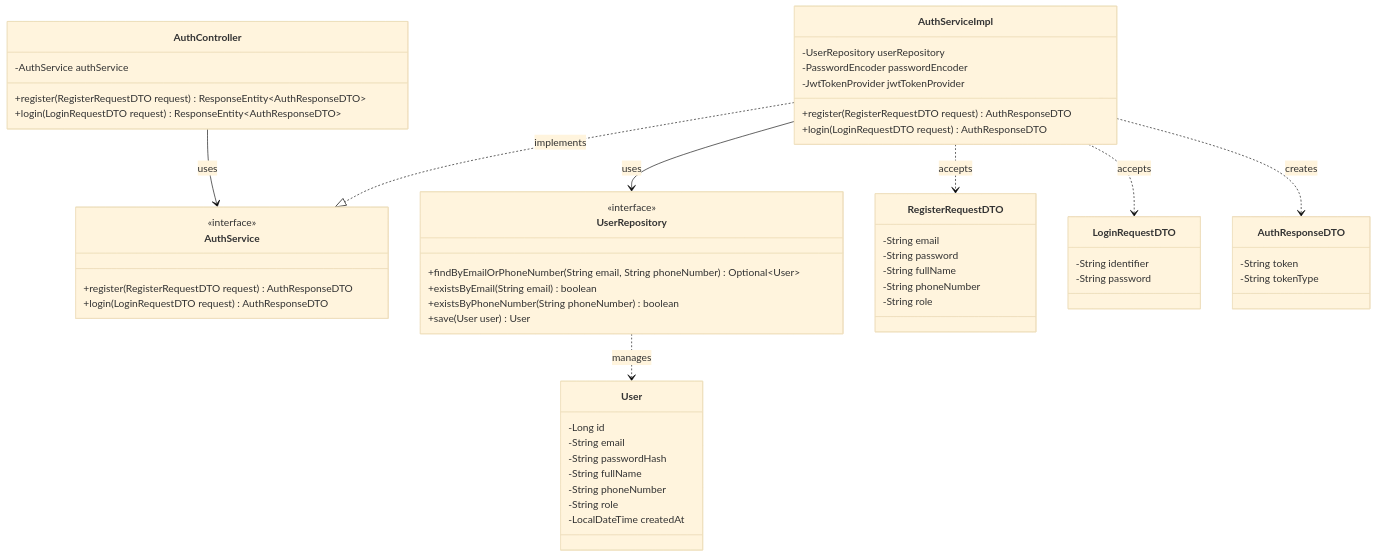
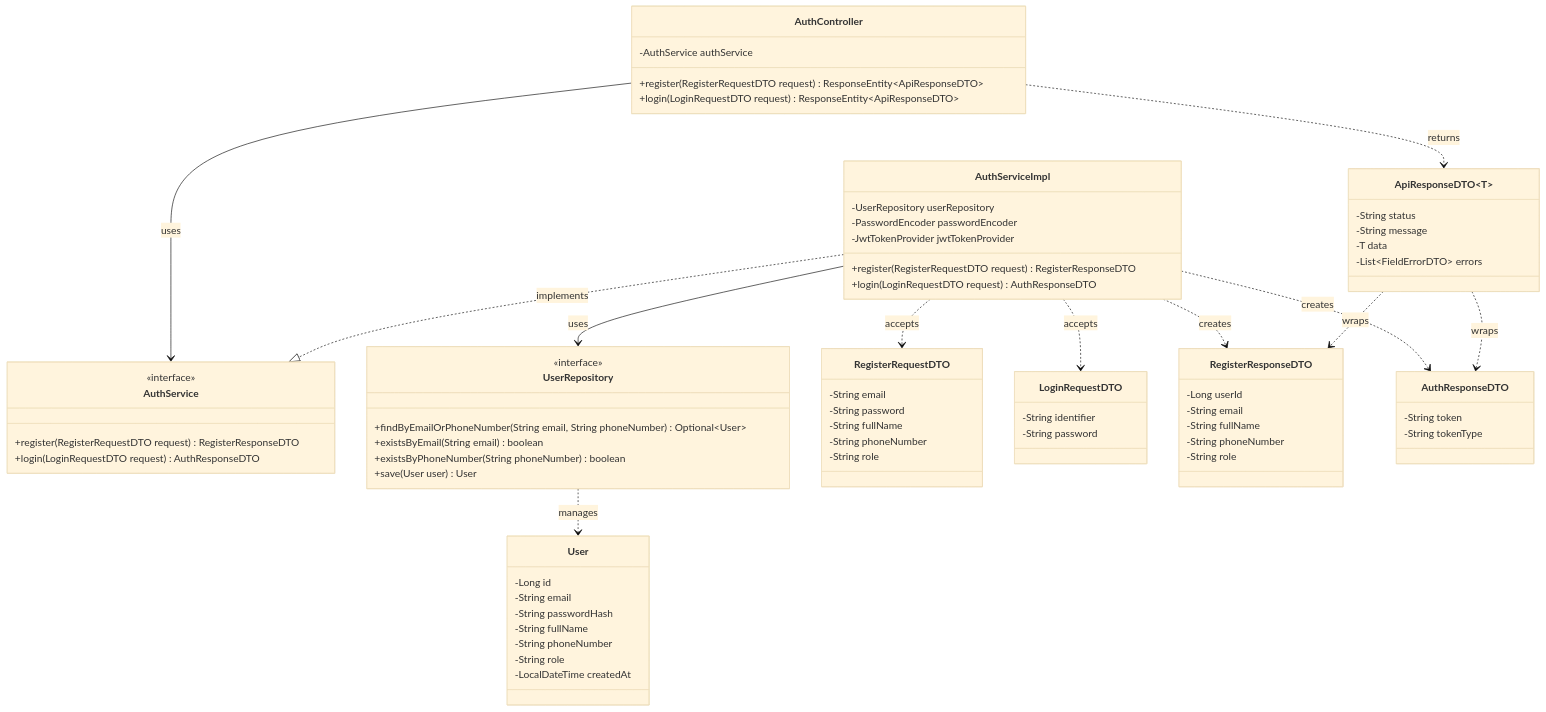
The fifth of 7 diagrams in docs/task-04/README.md (BlackyB0o/CS261_650001_group5), drawn with Mermaid (base theme) before and after one commit. The commit also changed other lines of this file, not shown here.

````diff
--- a/docs/task-04/README.md
+++ b/docs/task-04/README.md
@@ -197,13 +317,13 @@
 classDiagram
     class AuthController {
         -AuthService authService
-        +register(RegisterRequestDTO request) ResponseEntity~AuthResponseDTO~
-        +login(LoginRequestDTO request) ResponseEntity~AuthResponseDTO~
+        +register(RegisterRequestDTO request) ResponseEntity~ApiResponseDTO~
+        +login(LoginRequestDTO request) ResponseEntity~ApiResponseDTO~
     }
 
     class AuthService {
         <<interface>>
-        +register(RegisterRequestDTO request) AuthResponseDTO
+        +register(RegisterRequestDTO request) RegisterResponseDTO
         +login(LoginRequestDTO request) AuthResponseDTO
     }
 
@@ -211,7 +331,7 @@
         -UserRepository userRepository
         -PasswordEncoder passwordEncoder
         -JwtTokenProvider jwtTokenProvider
-        +register(RegisterRequestDTO request) AuthResponseDTO
+        +register(RegisterRequestDTO request) RegisterResponseDTO
         +login(LoginRequestDTO request) AuthResponseDTO
     }
 
@@ -246,16 +366,35 @@
         -String password
     }
 
+    class RegisterResponseDTO {
+        -Long userId
+        -String email
+        -String fullName
+        -String phoneNumber
+        -String role
+    }
+
     class AuthResponseDTO {
         -String token
         -String tokenType
     }
 
+    class ApiResponseDTO~T~ {
+        -String status
+        -String message
+        -T data
+        -List~FieldErrorDTO~ errors
+    }
+
     AuthController --> AuthService : uses
+    AuthController ..> ApiResponseDTO : returns
     AuthServiceImpl ..|> AuthService : implements
     AuthServiceImpl --> UserRepository : uses
     UserRepository ..> User : manages
     AuthServiceImpl ..> RegisterRequestDTO : accepts
     AuthServiceImpl ..> LoginRequestDTO : accepts
+    AuthServiceImpl ..> RegisterResponseDTO : creates
     AuthServiceImpl ..> AuthResponseDTO : creates
+    ApiResponseDTO ..> RegisterResponseDTO : wraps
+    ApiResponseDTO ..> AuthResponseDTO : wraps
 ```
````
